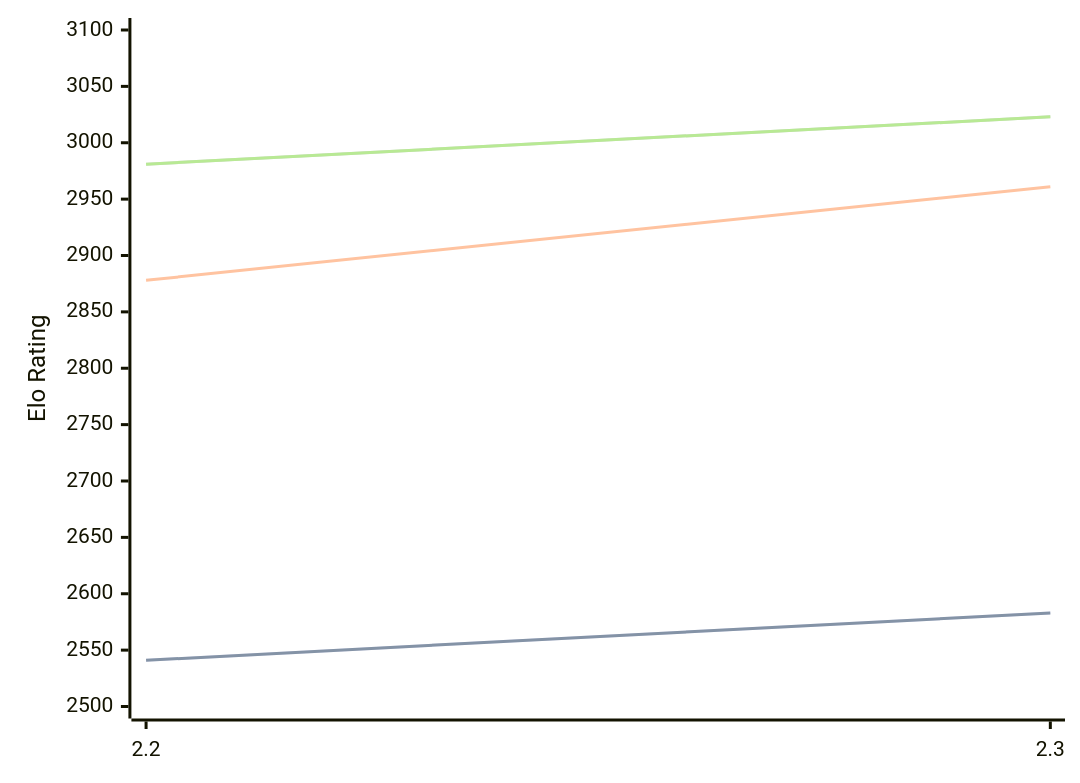
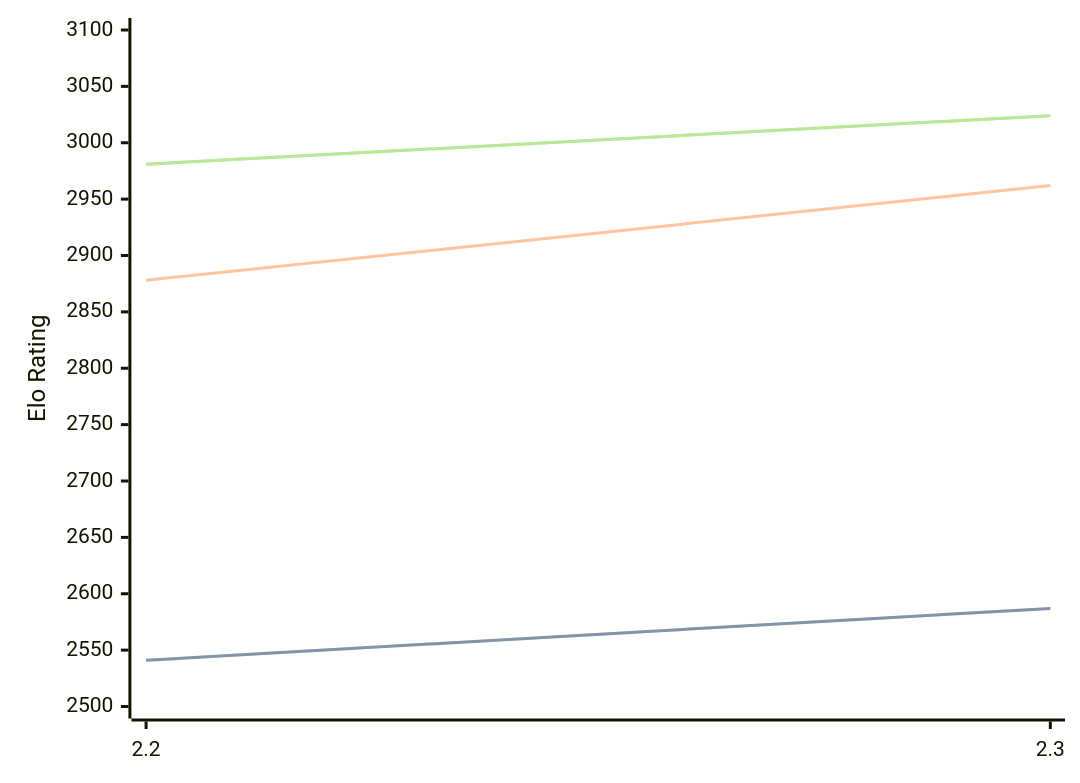
One commit to computer-chess-index/cci changed the diagram in engines/Sloth.md. Above: the diagram before and after it, drawn with Mermaid. The commit also changed other lines of this file, not shown here.

Commit message:
Update CCI Ratings (ELO VLTC) - 2026-10-02

````diff
--- a/engines/Sloth.md
+++ b/engines/Sloth.md
@@ -32,11 +32,11 @@
 ```mermaid
 %%{init: {"theme":"base","themeVariables":{"seriesColors:['#a3a3a3','#222221','#faa371']}}}%%
 xychart-beta
   x-axis ["2.2", "2.3"]
   y-axis "Elo Rating" 2500 --> 3100
-  line "" [2541, 2583]
-  line "STC (8.0+0.08s)" [2541, 2583]
-  line "LTC (60.0+0.60s)" [2878, 2961]
-  line "" [2981, 3023]
-  line "VLTC (2m24s+1.12s)" [2981, 3023]
+  line "" [2541, 2587]
+  line "STC (8.0+0.08s)" [2541, 2587]
+  line "LTC (60.0+0.60s)" [2878, 2962]
+  line "" [2981, 3024]
+  line "VLTC (2m24s+1.12s)" [2981, 3024]
 ```
````
